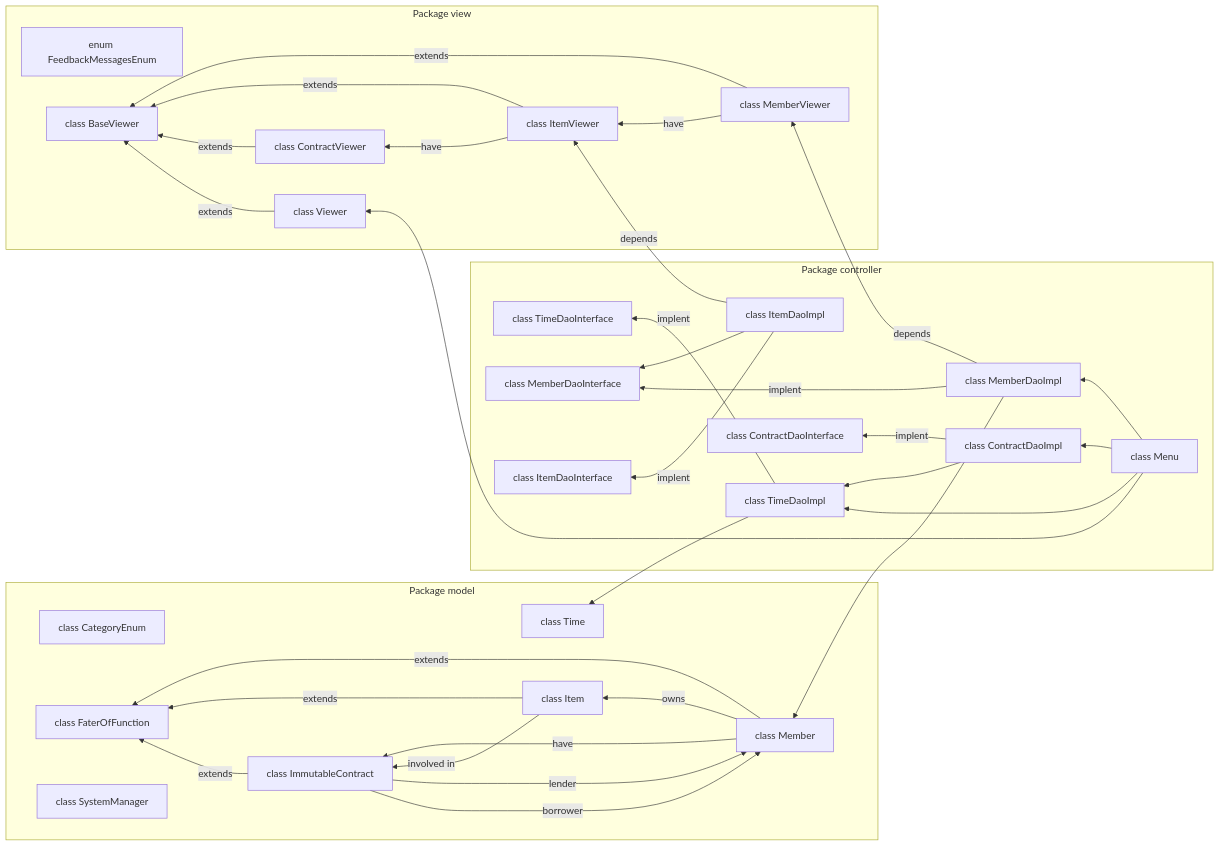
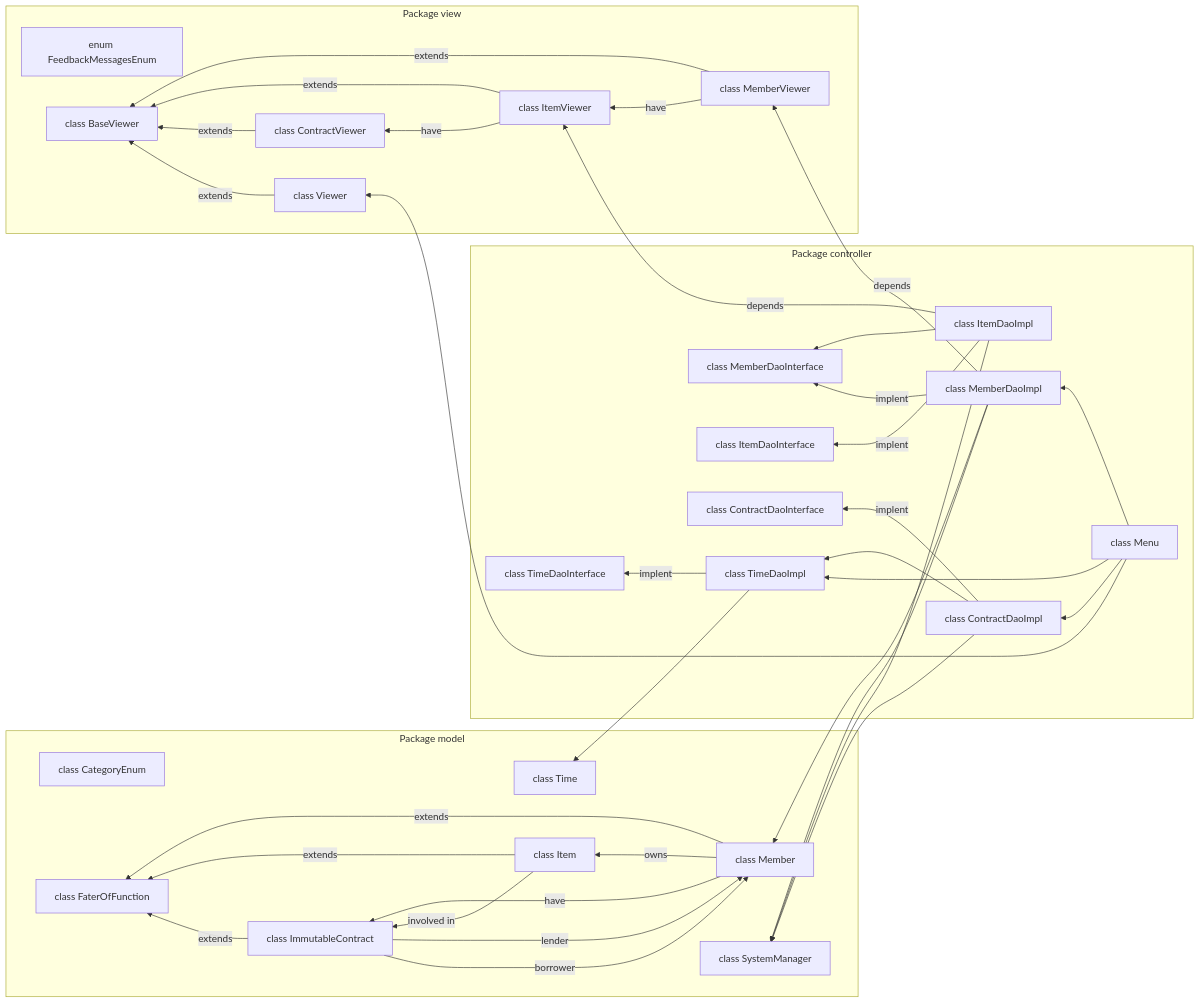
One commit to ashkar99/Stuff-Lending-System changed the first of 5 diagrams in design.md. Above: the diagram before and after it, drawn with Mermaid.

Commit message:
Update file design.md

```diff
--- a/design.md
+++ b/design.md
@@ -42,8 +42,13 @@
     controller9 --> controller4
     controller9 --> controller1
     controller9 --> controller8
+    
     controller9 --> view6
 
+
+    controller4 --> model7
+    controller6 --> model7
+    controller8 --> model7
 
 
 
```
